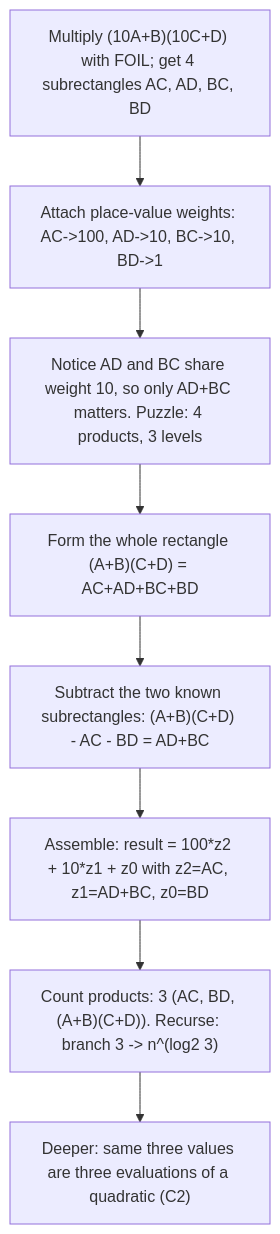
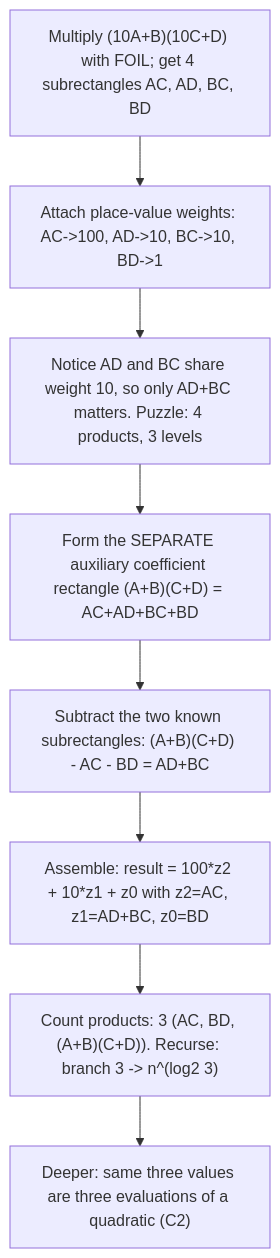
Before and after one commit to chess6/technical-learning: the diagram in docs/insight-brief-karatsuba.md, drawn with Mermaid. The commit also changed other lines of this file and 4 other files, not shown here.

````diff
--- a/docs/insight-brief-karatsuba.md
+++ b/docs/insight-brief-karatsuba.md
@@ -312,10 +328,10 @@
 ```mermaid
 flowchart TD
   A["Multiply (10A+B)(10C+D) with FOIL; get 4 subrectangles AC, AD, BC, BD"] --> B["Attach place-value weights: AC->100, AD->10, BC->10, BD->1"]
   B --> C["Notice AD and BC share weight 10, so only AD+BC matters. Puzzle: 4 products, 3 levels"]
-  C --> D["Form the whole rectangle (A+B)(C+D) = AC+AD+BC+BD"]
+  C --> D["Form the SEPARATE auxiliary coefficient rectangle (A+B)(C+D) = AC+AD+BC+BD"]
   D --> E["Subtract the two known subrectangles: (A+B)(C+D) - AC - BD = AD+BC"]
   E --> F["Assemble: result = 100*z2 + 10*z1 + z0 with z2=AC, z1=AD+BC, z0=BD"]
   F --> G["Count products: 3 (AC, BD, (A+B)(C+D)). Recurse: branch 3 -> n^(log2 3)"]
   G --> H["Deeper: same three values are three evaluations of a quadratic (C2)"]
 ```
````
